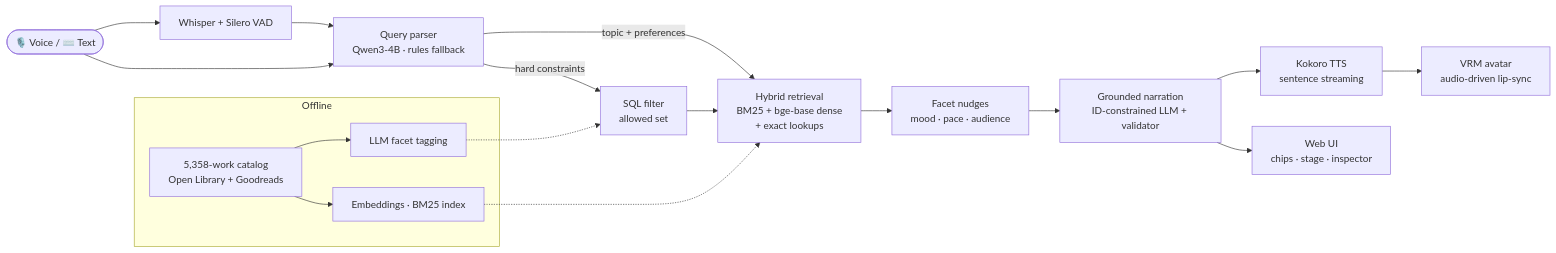
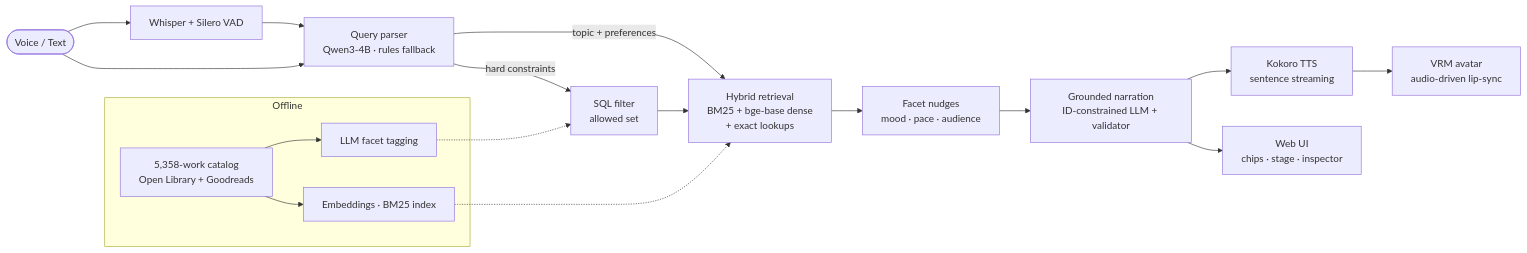
One commit to nooorf/shelfwise changed the diagram in README.md. Above: the diagram before and after it, drawn with Mermaid. The commit also changed other lines of this file and 6 other files, not shown here.

````diff
--- a/README.md
+++ b/README.md
@@ -65,21 +73,21 @@
 ```mermaid
 flowchart LR
-    U(["🎙️ Voice / ⌨️ Text"]) --> STT["Whisper + Silero VAD"]
+    U(["Voice / Text"]) --> STT["Whisper + Silero VAD"]
     STT --> P
     U --> P["Query parser<br/>Qwen3-4B · rules fallback"]
     P -->|hard constraints| F["SQL filter<br/>allowed set"]
     P -->|topic + preferences| R
     F --> R["Hybrid retrieval<br/>BM25 + bge-base dense<br/>+ exact lookups"]
     R --> N["Facet nudges<br/>mood · pace · audience"]
     N --> G["Grounded narration<br/>ID-constrained LLM + validator"]
     G --> T["Kokoro TTS<br/>sentence streaming"]
     T --> A["VRM avatar<br/>audio-driven lip-sync"]
     G --> W["Web UI<br/>chips · stage · inspector"]
 
     subgraph Offline
       C["5,358-work catalog<br/>Open Library + Goodreads"] --> TG["LLM facet tagging"]
       C --> E["Embeddings · BM25 index"]
     end
     TG -.-> F
     E -.-> R
 ```
````
